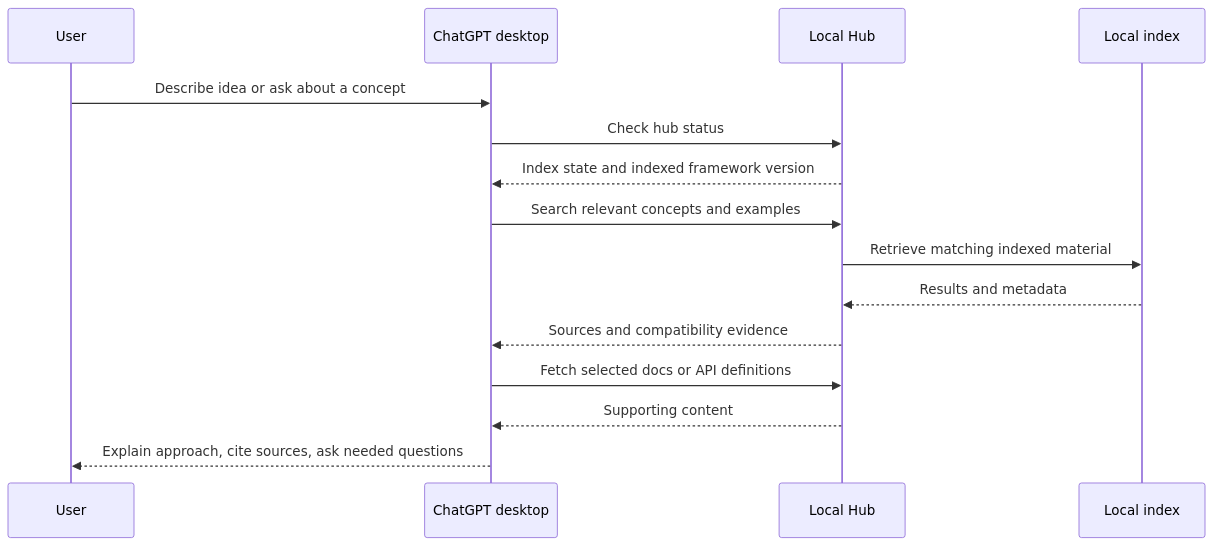
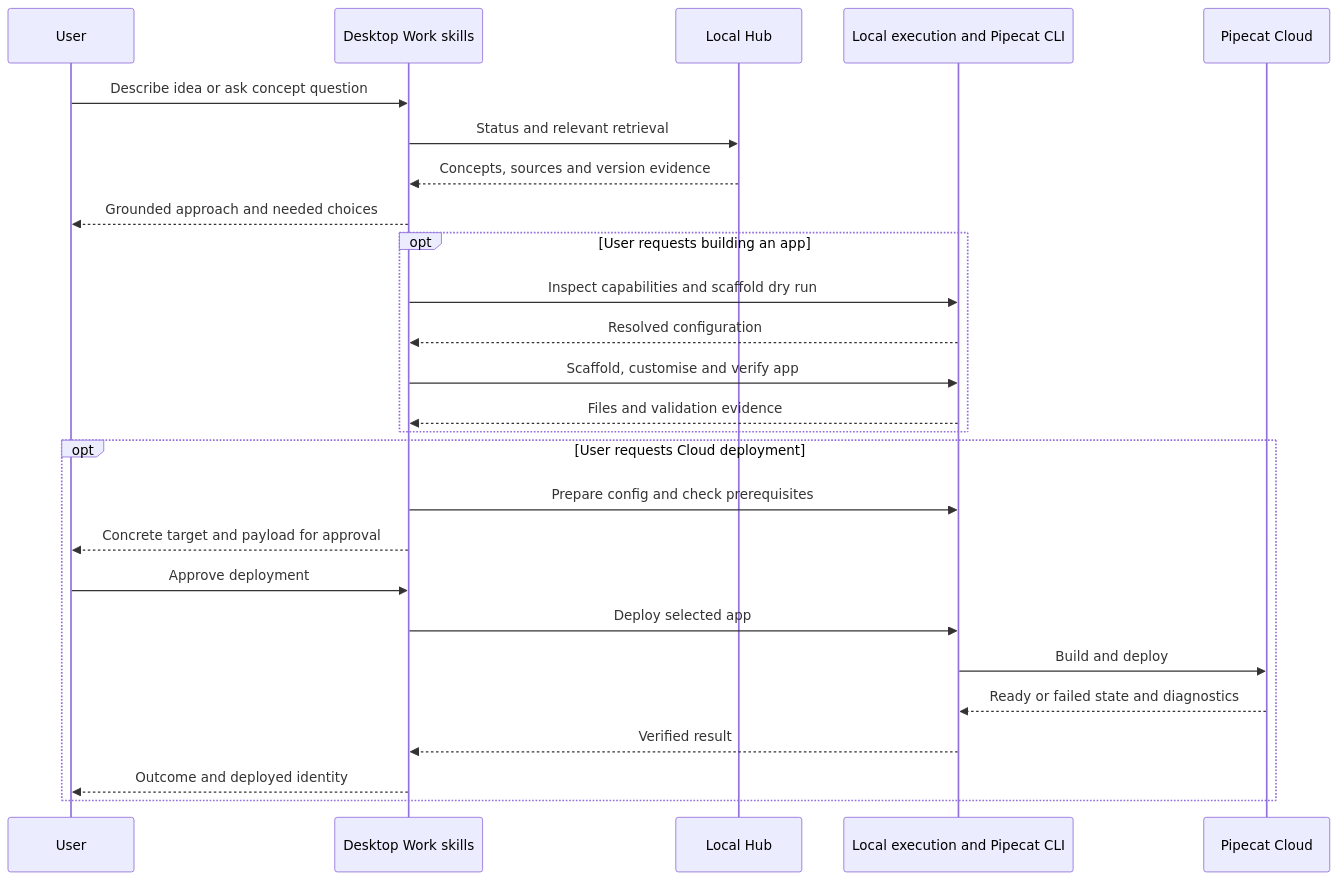
Before and after one commit to pipecat-ai/pipecat-context-hub: the second of 2 diagrams in docs/dev_plans/20261002-feature-chatgpt-local-plugin.md, drawn with Mermaid. The commit also changed other lines of this file and 1 other file, not shown here.

Commit message:
docs: expand Pipecat plugin plan to build and deploy workflows

````diff
--- a/docs/dev_plans/20261002-feature-chatgpt-local-plugin.md
+++ b/docs/dev_plans/20261002-feature-chatgpt-local-plugin.md
@@ -46,17 +120,28 @@
 ```mermaid
 sequenceDiagram
   participant U as User
-  participant C as ChatGPT desktop
+  participant C as Desktop Work skills
   participant H as Local Hub
-  participant I as Local index
-  U->>C: Describe idea or ask about a concept
-  C->>H: Check hub status
-  H-->>C: Index state and indexed framework version
-  C->>H: Search relevant concepts and examples
-  H->>I: Retrieve matching indexed material
-  I-->>H: Results and metadata
-  H-->>C: Sources and compatibility evidence
-  C->>H: Fetch selected docs or API definitions
-  H-->>C: Supporting content
-  C-->>U: Explain approach, cite sources, ask needed questions
+  participant L as Local execution and Pipecat CLI
+  participant K as Pipecat Cloud
+  U->>C: Describe idea or ask concept question
+  C->>H: Status and relevant retrieval
+  H-->>C: Concepts, sources and version evidence
+  C-->>U: Grounded approach and needed choices
+  opt User requests building an app
+    C->>L: Inspect capabilities and scaffold dry run
+    L-->>C: Resolved configuration
+    C->>L: Scaffold, customise and verify app
+    L-->>C: Files and validation evidence
+  end
+  opt User requests Cloud deployment
+    C->>L: Prepare config and check prerequisites
+    C-->>U: Concrete target and payload for approval
+    U->>C: Approve deployment
+    C->>L: Deploy selected app
+    L->>K: Build and deploy
+    K-->>L: Ready or failed state and diagnostics
+    L-->>C: Verified result
+    C-->>U: Outcome and deployed identity
+  end
 ```
````
